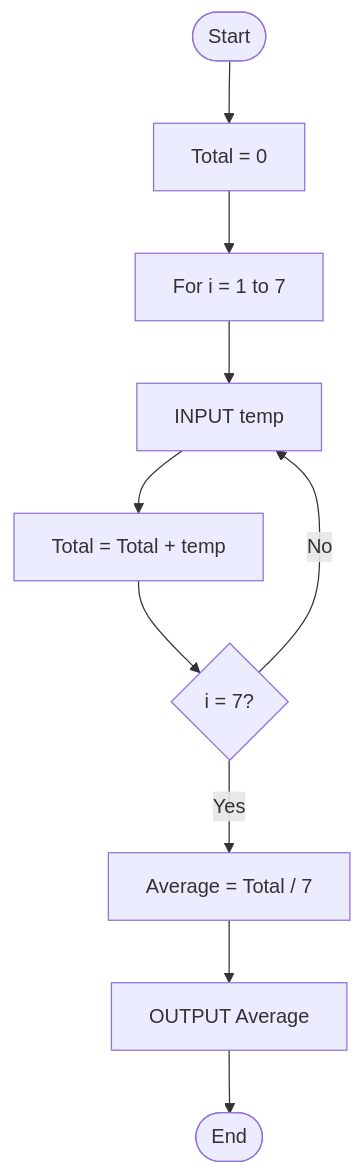
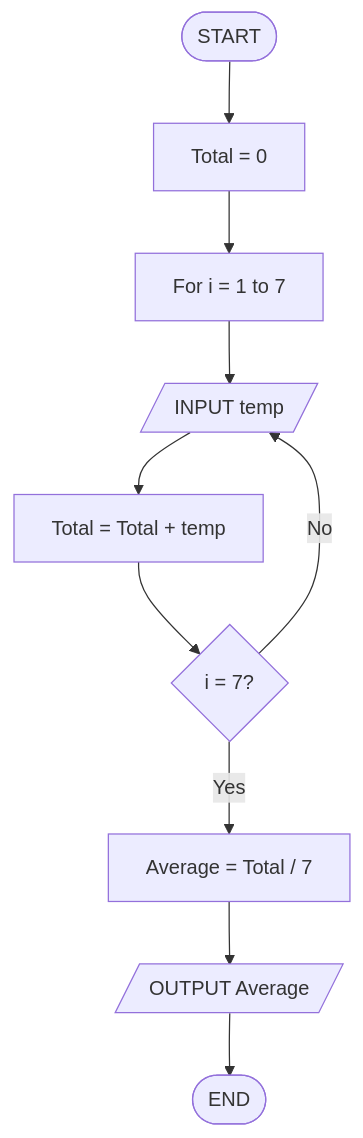
One commit to Matojotam/Workshop-Algorithm-and-flowchart changed the sixth of 10 diagrams in README.md. Above: the diagram before and after it, drawn with Mermaid. The commit also changed other lines of this file, not shown here.

````diff
--- a/README.md
+++ b/README.md
@@ -221,12 +263,21 @@
 ```mermaid
 flowchart TD
-    Start([Start]) --> Total[Total = 0]
+
+    Start(["START"]) --> Total["Total = 0"]
+
     Total --> ForInit["For i = 1 to 7"]
-    ForInit --> Input["INPUT temp"]
+
+    ForInit --> Input[/INPUT temp/]
+
     Input --> AddTotal["Total = Total + temp"]
+
     AddTotal --> ForCheck{"i = 7?"}
+
     ForCheck -->|No| Input
+
     ForCheck -->|Yes| Average["Average = Total / 7"]
-    Average --> Output["OUTPUT Average"]
-    Output --> End([End])
+
+    Average --> Output[/OUTPUT Average/]
+
+    Output --> End(["END"])
 ```
````
